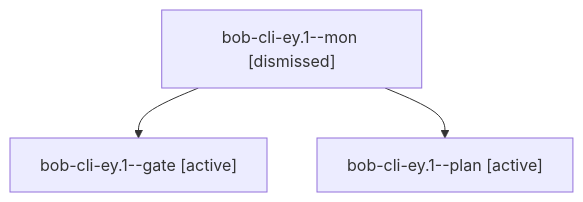
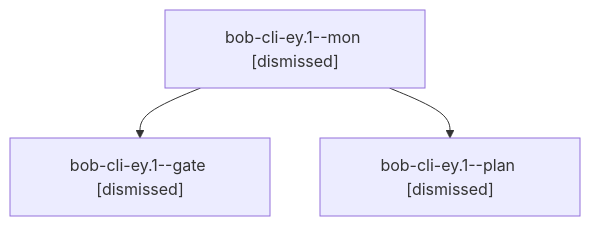
The diagram in sessions/bbugyi200.apollo.bob-cli-ey.1.md (bobs-org/bob-cli--agents), drawn with Mermaid before and after one commit. The commit also changed other lines of this file and 240 other files, not shown here.

````diff
--- a/sessions/bbugyi200.apollo.bob-cli-ey.1.md
+++ b/sessions/bbugyi200.apollo.bob-cli-ey.1.md
@@ -9,8 +9,8 @@
 ```mermaid
 flowchart TD
   n0["bob-cli-ey.1--mon [dismissed]"]
-  n1["bob-cli-ey.1--gate [active]"]
+  n1["bob-cli-ey.1--gate [dismissed]"]
   n0 --> n1
-  n2["bob-cli-ey.1--plan [active]"]
+  n2["bob-cli-ey.1--plan [dismissed]"]
   n0 --> n2
 ```
````
